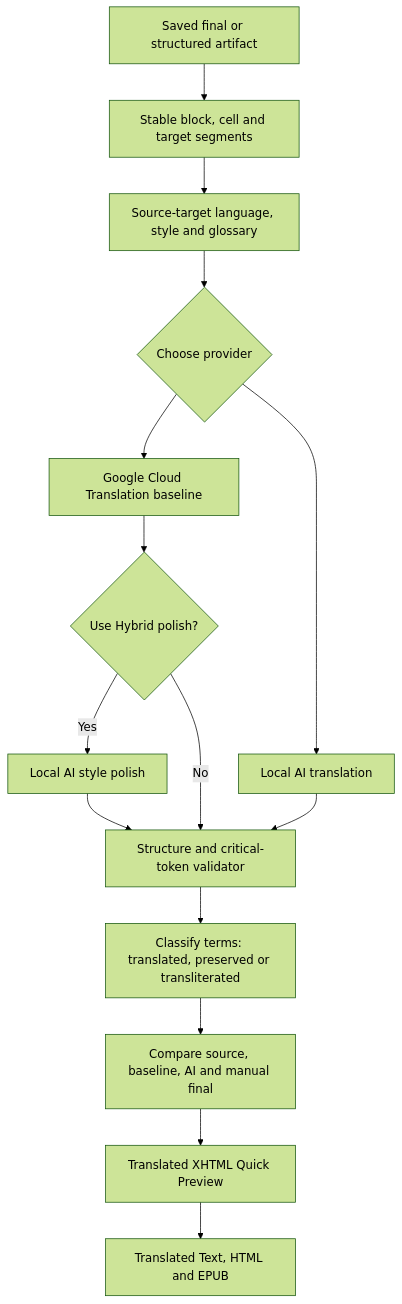
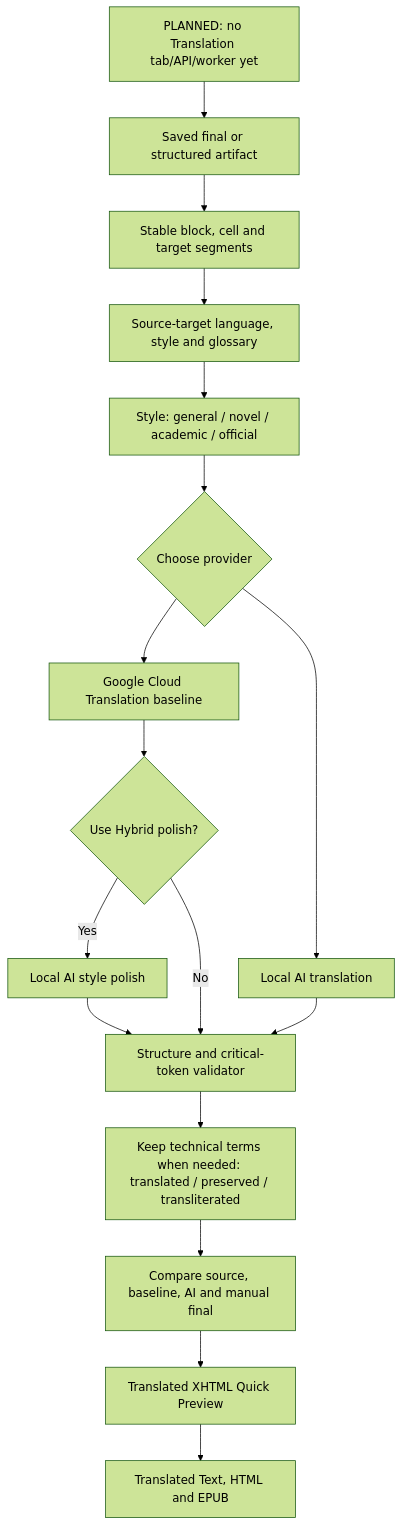
One commit to anuwatm/pdf-ocr-studio changed the tenth of 10 diagrams in readme.md. Above: the diagram before and after it, drawn with Mermaid (forest theme). The commit also changed other lines of this file and 18 other files, not shown here.

````diff
--- a/readme.md
+++ b/readme.md
@@ -381,17 +414,19 @@
 ```mermaid
 flowchart TD
-    Source["Saved final or structured artifact"] --> Segment["Stable block, cell and target segments"]
+    Planned["PLANNED: no Translation tab/API/worker yet"] --> Source["Saved final or structured artifact"]
+    Source --> Segment["Stable block, cell and target segments"]
     Segment --> Config["Source-target language, style and glossary"]
-    Config --> Provider{"Choose provider"}
+    Config --> Style["Style: general / novel / academic / official"]
+    Style --> Provider{"Choose provider"}
     Provider --> Google["Google Cloud Translation baseline"]
     Provider --> Local["Local AI translation"]
     Google --> Hybrid{"Use Hybrid polish?"}
     Hybrid -->|Yes| Polish["Local AI style polish"]
     Hybrid -->|No| Validate["Structure and critical-token validator"]
     Local --> Validate
     Polish --> Validate
-    Validate --> Terms["Classify terms: translated, preserved or transliterated"]
+    Validate --> Terms["Keep technical terms when needed: translated / preserved / transliterated"]
     Terms --> Review["Compare source, baseline, AI and manual final"]
     Review --> Preview["Translated XHTML Quick Preview"]
     Preview --> Export["Translated Text, HTML and EPUB"]
 ```
````
